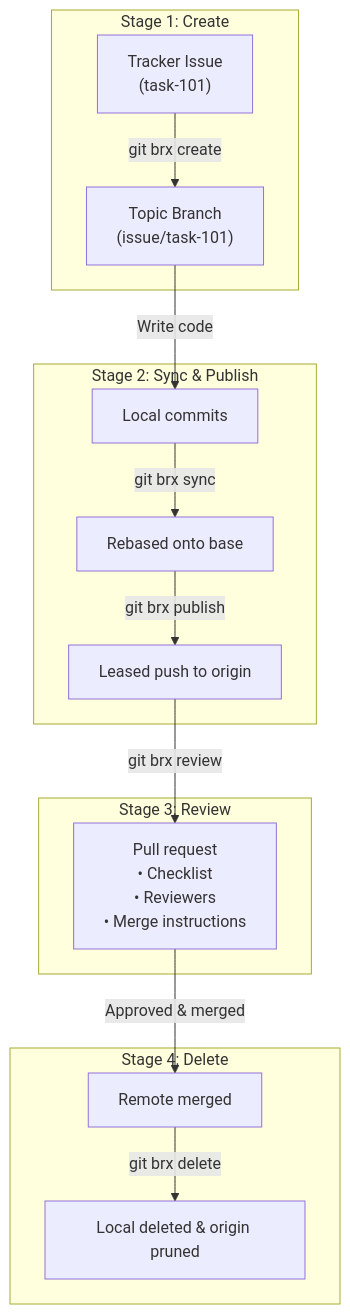
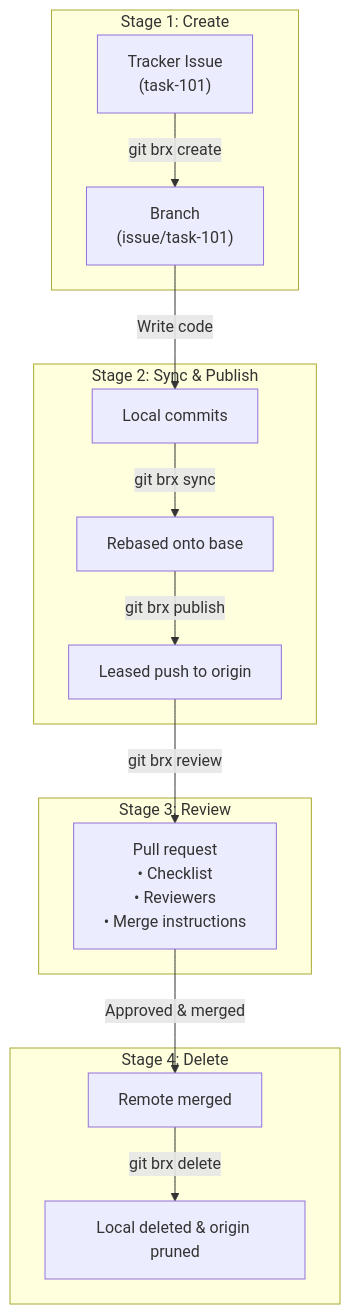
Before and after one commit to bvarnai/git-brx: the diagram in docs/user-guide/philosophy.md, drawn with Mermaid. The commit also changed other lines of this file and 33 other files, not shown here.

````diff
--- a/docs/user-guide/philosophy.md
+++ b/docs/user-guide/philosophy.md
@@ -74,21 +74,21 @@
 ```mermaid
 flowchart TD
     subgraph S1 ["Stage 1: Create"]
-        Issue["Tracker Issue<br/>(task-101)"] -->|"git brx create"| TopicBranch["Topic Branch<br/>(issue/task-101)"]
+        Issue["Tracker Issue<br/>(task-101)"] -->|"git brx create"| WorkBranch["Branch<br/>(issue/task-101)"]
     end
 
     subgraph S2 ["Stage 2: Sync & Publish"]
-        TopicBranch -->|"Write code"| LocalCommits["Local commits"]
+        WorkBranch -->|"Write code"| LocalCommits["Local commits"]
         LocalCommits -->|"git brx sync"| Rebased["Rebased onto base"]
         Rebased -->|"git brx publish"| RemoteBranch["Leased push to origin"]
     end
 
     subgraph S3 ["Stage 3: Review"]
         RemoteBranch -->|"git brx review"| PullRequest["Pull request<br/>• Checklist<br/>• Reviewers<br/>• Merge instructions"]
     end
 
     subgraph S4 ["Stage 4: Delete"]
         PullRequest -->|"Approved & merged"| SCM["Remote merged"]
         SCM -->|"git brx delete"| Clean["Local deleted & origin pruned"]
     end
 ```
````
